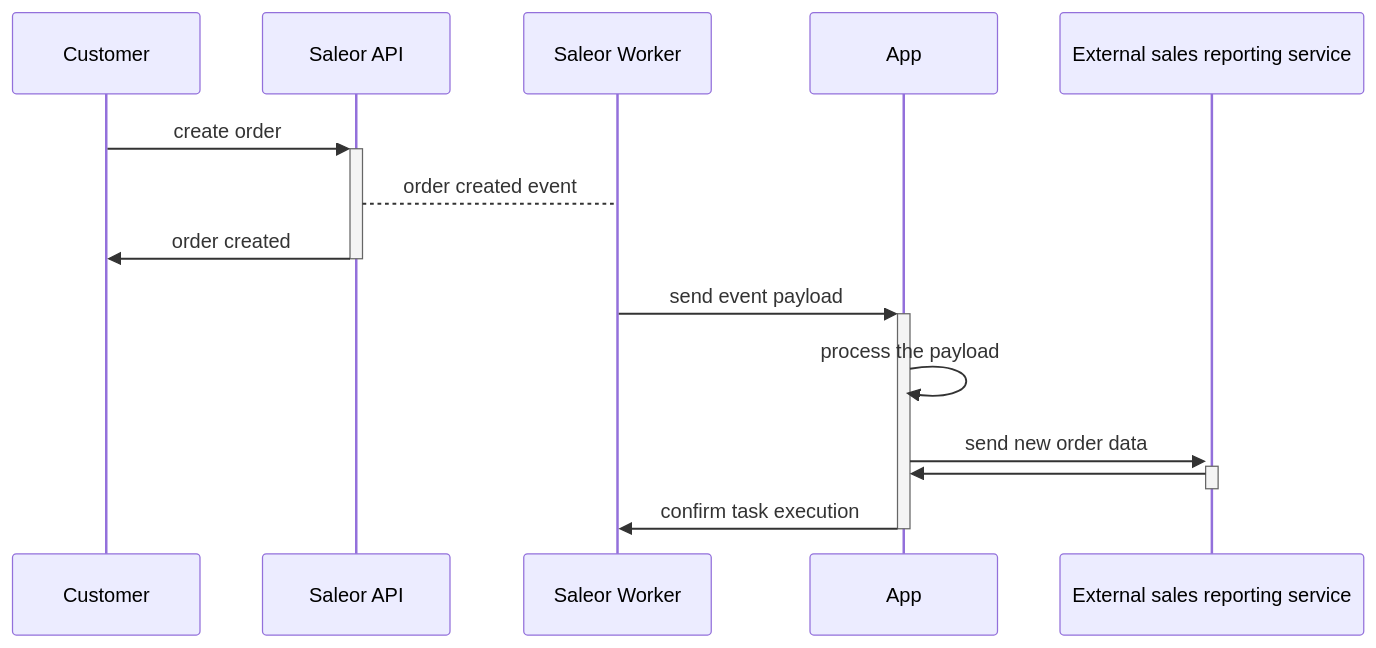
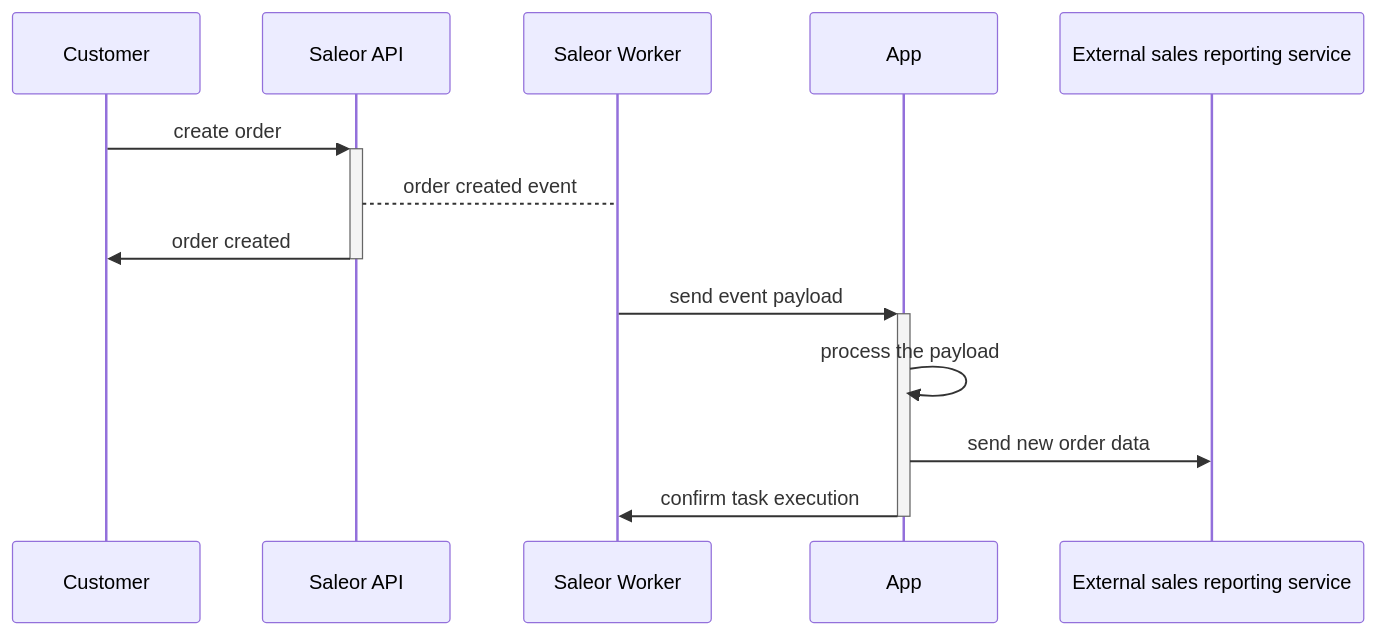
Before and after one commit to saleor/saleor-docs: the first of 5 diagrams in docs/developer/extending/apps/architecture/communication-between-app-and-saleor.mdx, drawn with Mermaid. The commit also changed other lines of this file, not shown here.

````diff
--- a/docs/developer/extending/apps/architecture/communication-between-app-and-saleor.mdx
+++ b/docs/developer/extending/apps/architecture/communication-between-app-and-saleor.mdx
@@ -11,18 +11,17 @@
 ```mermaid
 sequenceDiagram
     participant c as Customer
     participant s as Saleor API
     participant w as Saleor Worker
     participant a as App
     participant extSales as External sales reporting service
 
     c ->>+ s: create order
     s --> w: order created event
     s ->>- c: order created
 
     w ->>+ a: send event payload
     a ->> a: process the payload
-    a ->>+ extSales: send new order data
-    extSales ->>- a:
+    a ->> extSales: send new order data
     a ->>- w: confirm task execution
 ```
````
